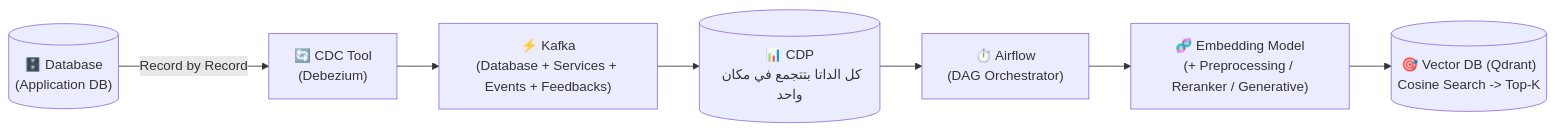
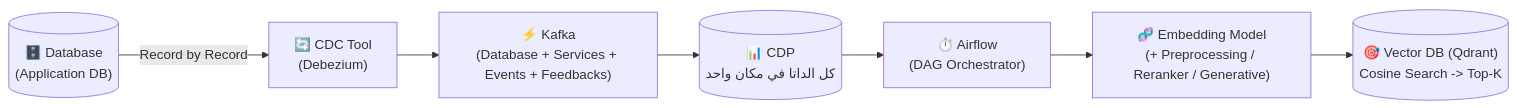
The third of 4 diagrams in study/session-2-notes.md (Aya-Aboulwafa/ai-architecture-portfolio), drawn with Mermaid before and after one commit. The commit also changed other lines of this file and 1 other file, not shown here.

````diff
--- a/study/session-2-notes.md
+++ b/study/session-2-notes.md
@@ -160,9 +159,9 @@
 ```mermaid
 flowchart LR
     DB[("🗄️ Database\n(Application DB)")] -->|"Record by Record"| CDC["🔄 CDC Tool\n(Debezium)"]
     CDC --> Kafka["⚡ Kafka\n(Database + Services + Events + Feedbacks)"]
-    Kafka --> CDP[("📊 CDP\nكل الداتا بتتجمع في مكان واحد")]
+    Kafka --> CDP[("📊 CDP\nكل الداتا في مكان واحد")]
     CDP --> Airflow["⏱️ Airflow\n(DAG Orchestrator)"]
     Airflow --> Embed["🧬 Embedding Model\n(+ Preprocessing / Reranker / Generative)"]
     Embed --> Qdrant[("🎯 Vector DB (Qdrant)\nCosine Search -> Top-K")]
 ```
````
